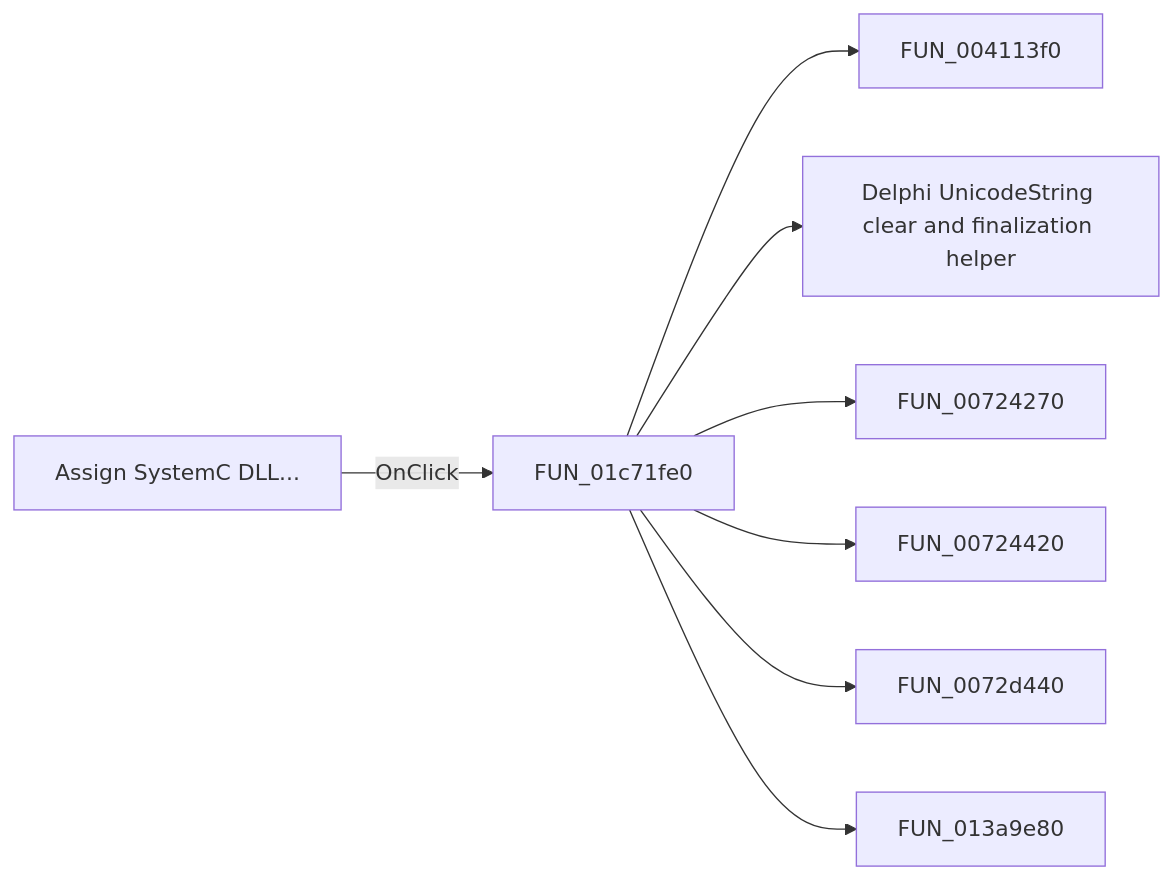
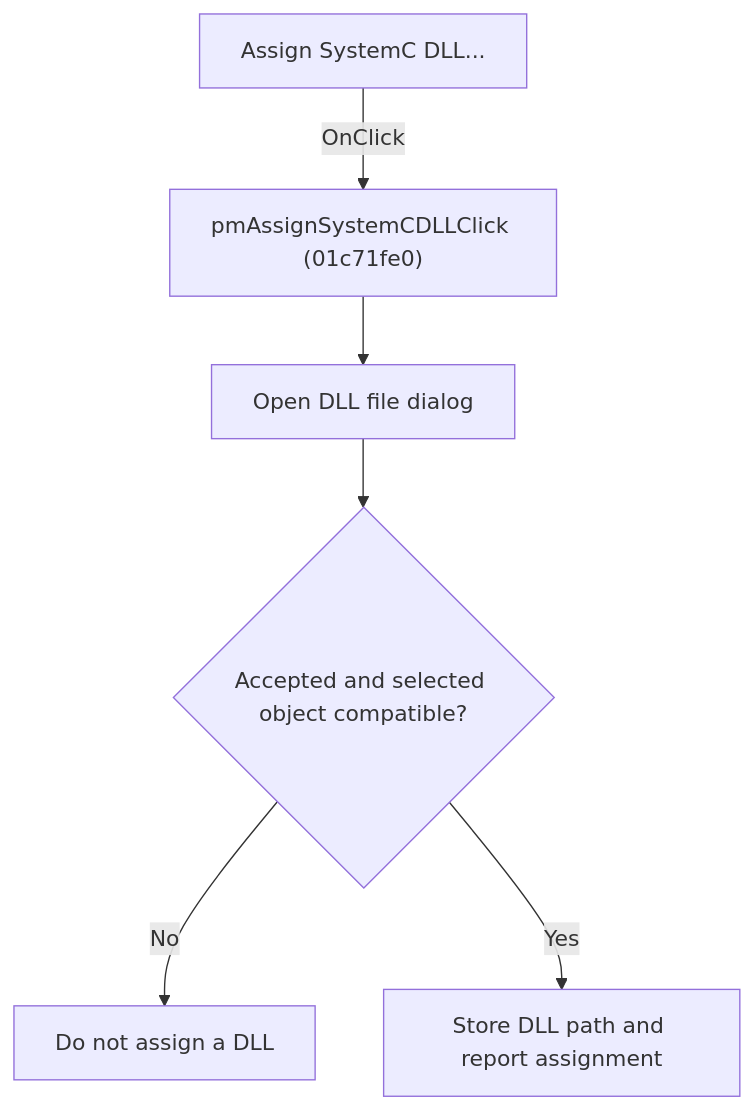
One commit to MovGP0/TIARA changed the diagram in docs/ui-controls/schematiceditor/pmassignsystemcdll-aeacc6c5a2.md. Above: the diagram before and after it, drawn with Mermaid. The commit also changed other lines of this file and 1062 other files, not shown here.

````diff
--- a/docs/ui-controls/schematiceditor/pmassignsystemcdll-aeacc6c5a2.md
+++ b/docs/ui-controls/schematiceditor/pmassignsystemcdll-aeacc6c5a2.md
@@ -27,10 +27,8 @@
 ```mermaid
-flowchart LR
-    control["Assign SystemC DLL..."] -->|OnClick| handler["FUN_01c71fe0"]
-    handler --> call1["FUN_004113f0"]
-    handler --> call2["Delphi UnicodeString clear and finalization helper"]
-    handler --> call3["FUN_00724270"]
-    handler --> call4["FUN_00724420"]
-    handler --> call5["FUN_0072d440"]
-    handler --> call6["FUN_013a9e80"]
+flowchart TD
+    control["Assign SystemC DLL..."] -->|"OnClick"| handler["pmAssignSystemCDLLClick (01c71fe0)"]
+    handler --> dialog["Open DLL file dialog"]
+    dialog --> accepted{"Accepted and selected object compatible?"}
+    accepted -->|"No"| unchanged["Do not assign a DLL"]
+    accepted -->|"Yes"| assign["Store DLL path and report assignment"]
 ```
````
